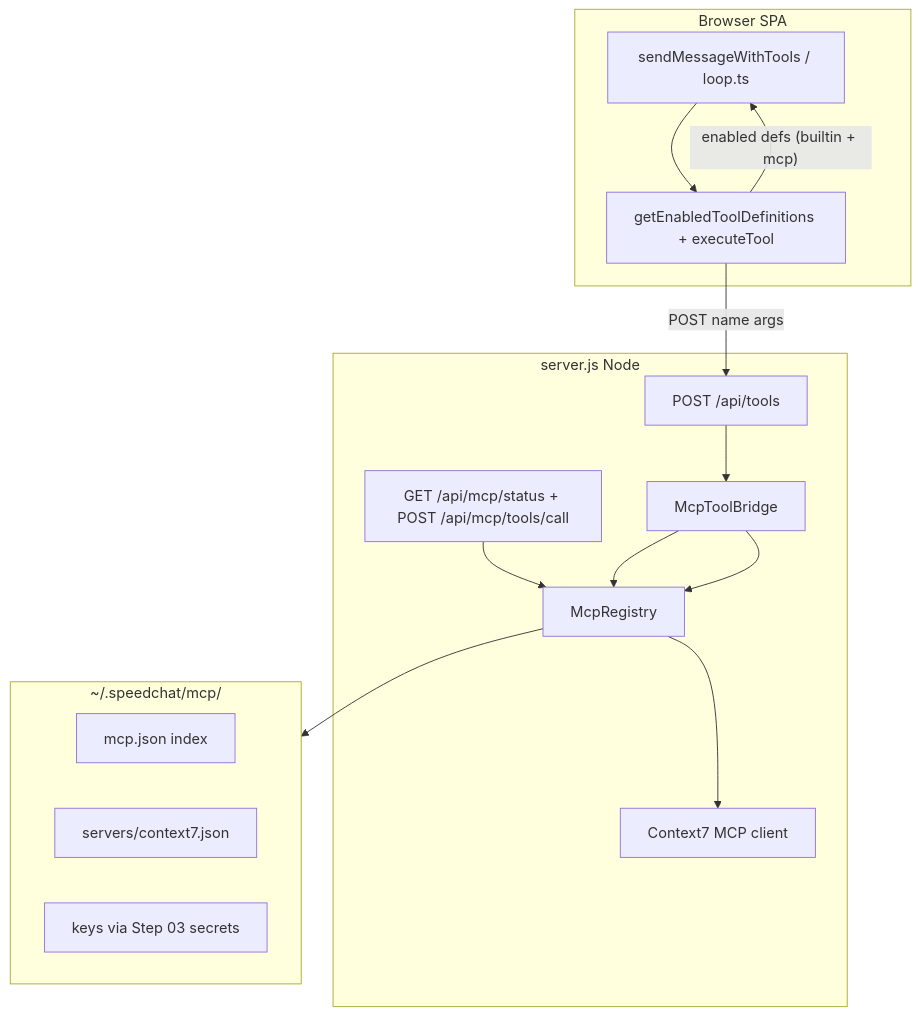
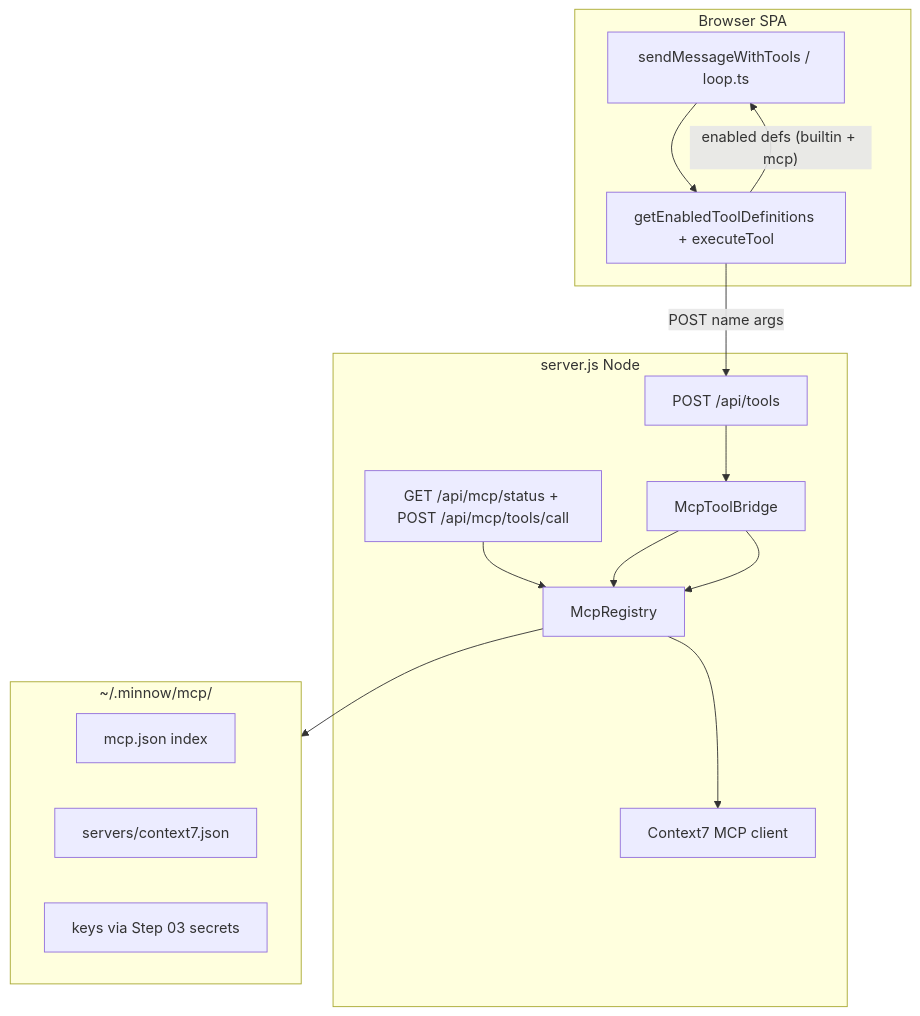
One commit to DukkyGames/Minnow changed the diagram in documentation/plans/Build out/step-18-mcp-context7.md. Above: the diagram before and after it, drawn with Mermaid. The commit also changed other lines of this file and 204 other files, not shown here.

````diff
--- a/documentation/plans/Build out/step-18-mcp-context7.md
+++ b/documentation/plans/Build out/step-18-mcp-context7.md
@@ -52,32 +52,32 @@
 ```mermaid
 flowchart TD
   subgraph browser [Browser SPA]
     loop[sendMessageWithTools / loop.ts]
     client[getEnabledToolDefinitions + executeTool]
     loop --> client
   end
 
   subgraph node [server.js Node]
     apiTools["POST /api/tools"]
     apiMcp["GET /api/mcp/status + POST /api/mcp/tools/call"]
     registry[McpRegistry]
     bridge[McpToolBridge]
     ctx7[Context7 MCP client]
 
     apiTools --> bridge
     apiMcp --> registry
     registry --> ctx7
     bridge --> registry
   end
 
-  subgraph disk ["~/.speedchat/mcp/"]
+  subgraph disk ["~/.minnow/mcp/"]
     index[mcp.json index]
     seeds[servers/context7.json]
     keys[keys via Step 03 secrets]
   end
 
   client -->|"enabled defs (builtin + mcp)"| loop
   client -->|POST name args| apiTools
   bridge --> registry
   registry --> disk
 ```
````
